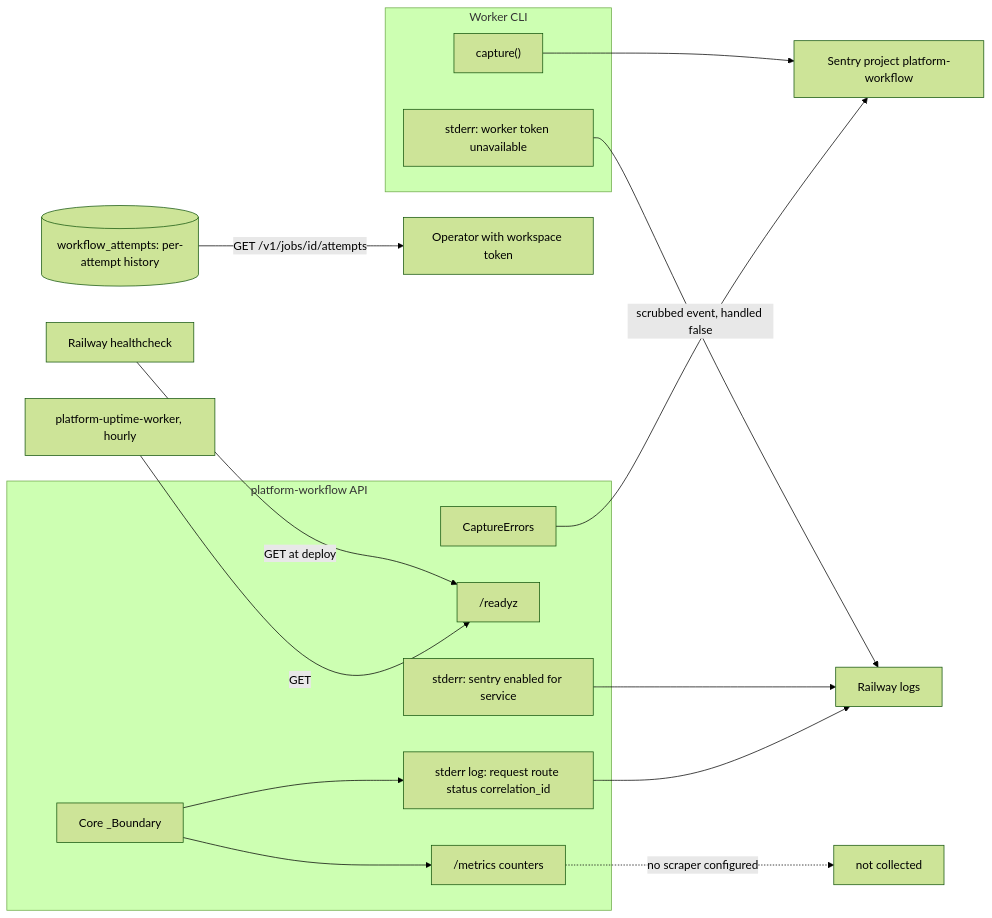
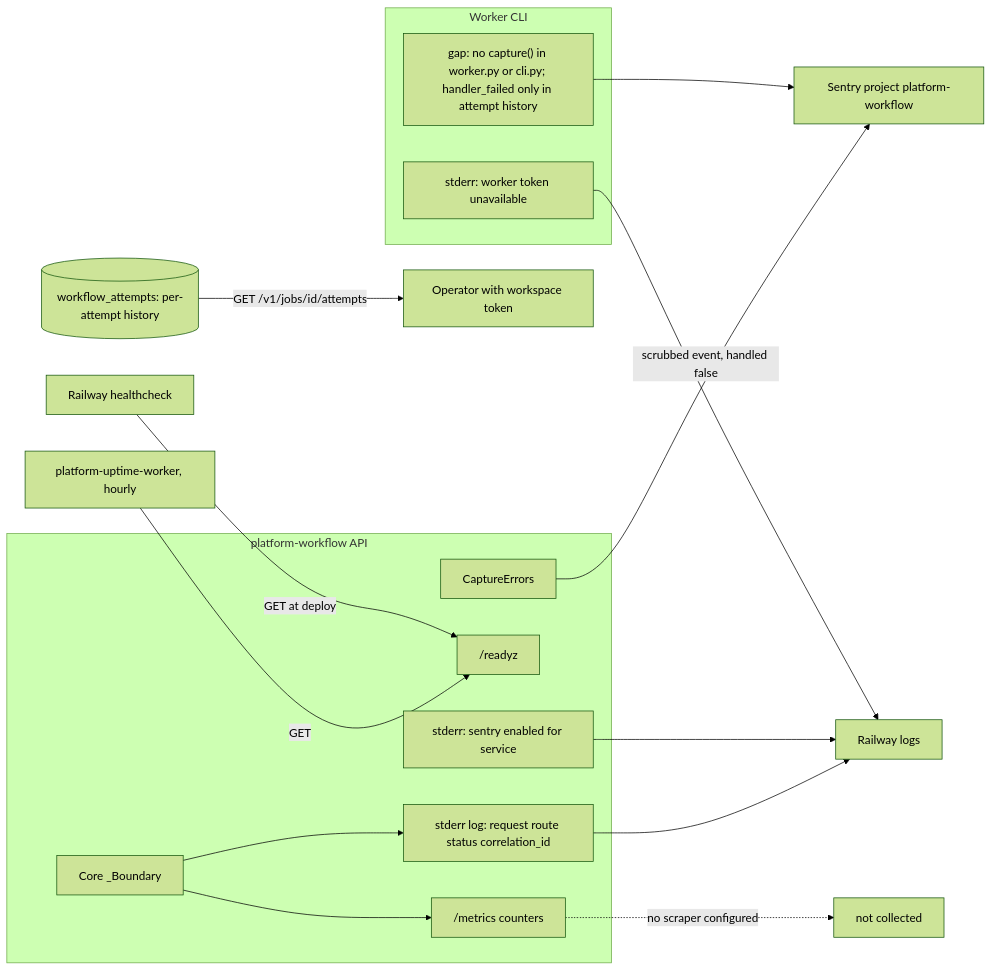
One commit to bookchaowalit-backend/platform-workflow changed the diagram in docs/diagrams/20-observability.md. Above: the diagram before and after it, drawn with Mermaid (forest theme). The commit also changed 1 other file, not shown here.

Commit message:
docs: correct Core 22 pack per Codex review

````diff
--- a/docs/diagrams/20-observability.md
+++ b/docs/diagrams/20-observability.md
@@ -3,26 +3,26 @@
 ```mermaid
 flowchart LR
   subgraph SVC["platform-workflow API"]
     BND["Core _Boundary"]
     CAP["CaptureErrors"]
     RZ["/readyz"]
     MET["/metrics counters"]
     LOG["stderr log: request route status correlation_id"]
     SLOG["stderr: sentry enabled for service"]
   end
   subgraph WRK["Worker CLI"]
     WLOG["stderr: worker token unavailable"]
-    WCAP["capture()"]
+    WCAP["gap: no capture() in worker.py or cli.py; handler_failed only in attempt history"]
   end
   BND --> MET
   BND --> LOG
   CAP -->|"scrubbed event, handled false"| SEN["Sentry project platform-workflow"]
   WCAP --> SEN
   LOG --> RLOG["Railway logs"]
   SLOG --> RLOG
   WLOG --> RLOG
   UPT["platform-uptime-worker, hourly"] -->|"GET"| RZ
   RAIL["Railway healthcheck"] -->|"GET at deploy"| RZ
   MET -.->|"no scraper configured"| NONE["not collected"]
   DB[("workflow_attempts: per-attempt history")] -->|"GET /v1/jobs/id/attempts"| OPS["Operator with workspace token"]
 ```
````
